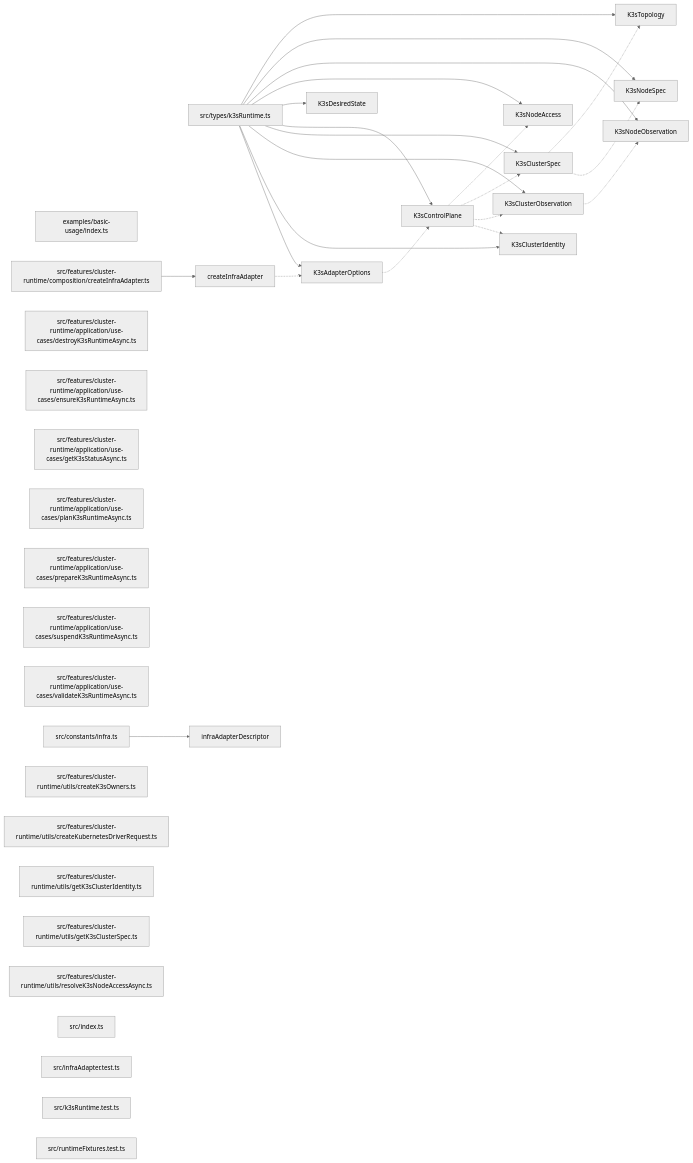
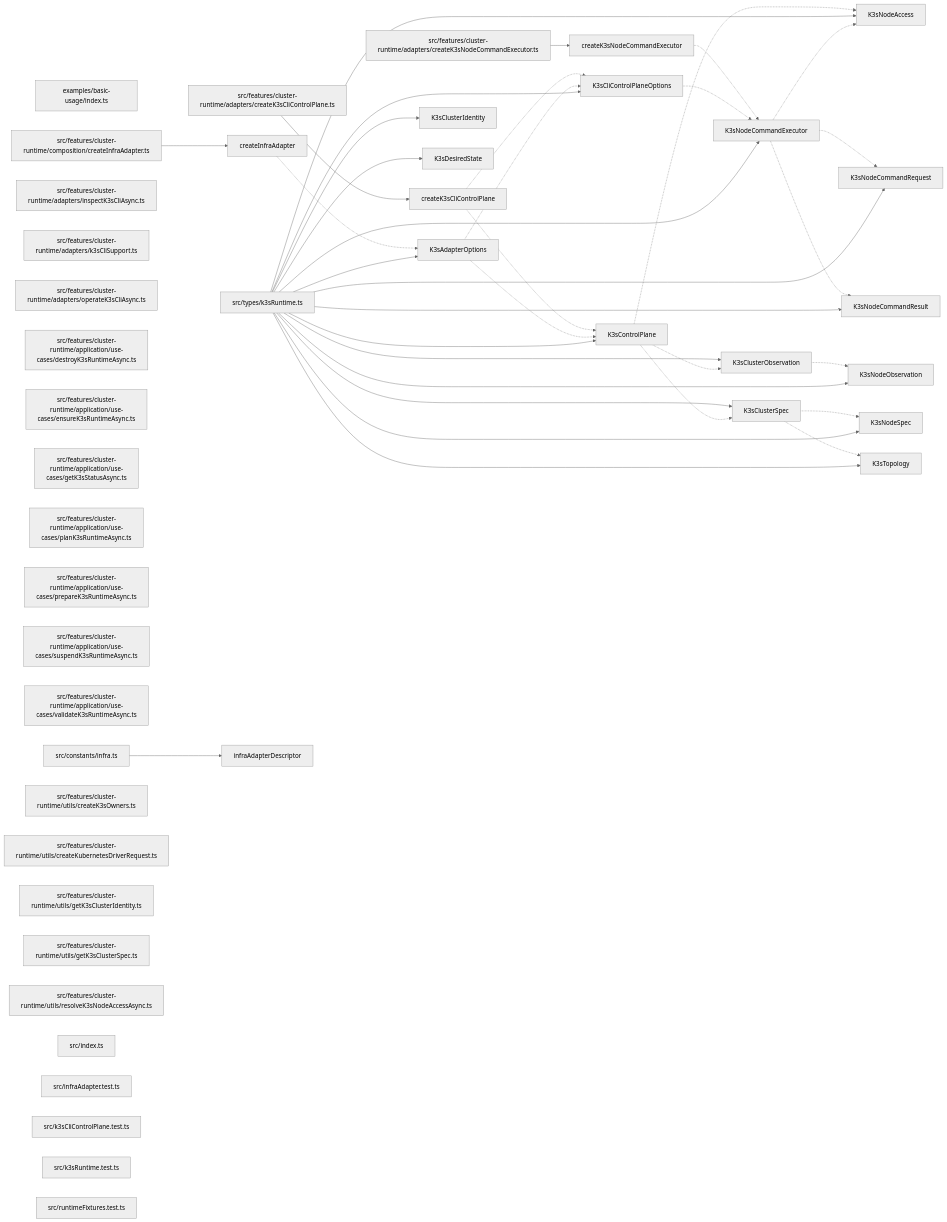
Before and after one commit to ankhorage/k3s: the diagram in paradox/diagrams/export-graph.mmd, drawn with Mermaid (neutral theme). The commit also changed 31 other files, not shown here.

```diff
--- a/paradox/diagrams/export-graph.mmd
+++ b/paradox/diagrams/export-graph.mmd
@@ -1,54 +1,79 @@
 graph LR
   module_examples_basic_usage_index_ts["examples/basic-usage/index.ts"]
   module_src_constants_infra_ts["src/constants/infra.ts"]
+  module_src_features_cluster_runtime_adapters_createK3sCliControlPlane_ts["src/features/cluster-runtime/adapters/createK3sCliControlPlane.ts"]
+  module_src_features_cluster_runtime_adapters_createK3sNodeCommandExecutor_ts["src/features/cluster-runtime/adapters/createK3sNodeCommandExecutor.ts"]
+  module_src_features_cluster_runtime_adapters_inspectK3sCliAsync_ts["src/features/cluster-runtime/adapters/inspectK3sCliAsync.ts"]
+  module_src_features_cluster_runtime_adapters_k3sCliSupport_ts["src/features/cluster-runtime/adapters/k3sCliSupport.ts"]
+  module_src_features_cluster_runtime_adapters_operateK3sCliAsync_ts["src/features/cluster-runtime/adapters/operateK3sCliAsync.ts"]
   module_src_features_cluster_runtime_application_use_cases_destroyK3sRuntimeAsync_ts["src/features/cluster-runtime/application/use-cases/destroyK3sRuntimeAsync.ts"]
   module_src_features_cluster_runtime_application_use_cases_ensureK3sRuntimeAsync_ts["src/features/cluster-runtime/application/use-cases/ensureK3sRuntimeAsync.ts"]
   module_src_features_cluster_runtime_application_use_cases_getK3sStatusAsync_ts["src/features/cluster-runtime/application/use-cases/getK3sStatusAsync.ts"]
   module_src_features_cluster_runtime_application_use_cases_planK3sRuntimeAsync_ts["src/features/cluster-runtime/application/use-cases/planK3sRuntimeAsync.ts"]
   module_src_features_cluster_runtime_application_use_cases_prepareK3sRuntimeAsync_ts["src/features/cluster-runtime/application/use-cases/prepareK3sRuntimeAsync.ts"]
   module_src_features_cluster_runtime_application_use_cases_suspendK3sRuntimeAsync_ts["src/features/cluster-runtime/application/use-cases/suspendK3sRuntimeAsync.ts"]
   module_src_features_cluster_runtime_application_use_cases_validateK3sRuntimeAsync_ts["src/features/cluster-runtime/application/use-cases/validateK3sRuntimeAsync.ts"]
   module_src_features_cluster_runtime_composition_createInfraAdapter_ts["src/features/cluster-runtime/composition/createInfraAdapter.ts"]
   module_src_features_cluster_runtime_utils_createK3sOwners_ts["src/features/cluster-runtime/utils/createK3sOwners.ts"]
   module_src_features_cluster_runtime_utils_createKubernetesDriverRequest_ts["src/features/cluster-runtime/utils/createKubernetesDriverRequest.ts"]
   module_src_features_cluster_runtime_utils_getK3sClusterIdentity_ts["src/features/cluster-runtime/utils/getK3sClusterIdentity.ts"]
   module_src_features_cluster_runtime_utils_getK3sClusterSpec_ts["src/features/cluster-runtime/utils/getK3sClusterSpec.ts"]
   module_src_features_cluster_runtime_utils_resolveK3sNodeAccessAsync_ts["src/features/cluster-runtime/utils/resolveK3sNodeAccessAsync.ts"]
   module_src_index_ts["src/index.ts"]
   module_src_infraAdapter_test_ts["src/infraAdapter.test.ts"]
+  module_src_k3sCliControlPlane_test_ts["src/k3sCliControlPlane.test.ts"]
   module_src_k3sRuntime_test_ts["src/k3sRuntime.test.ts"]
   module_src_runtimeFixtures_test_ts["src/runtimeFixtures.test.ts"]
   module_src_types_k3sRuntime_ts["src/types/k3sRuntime.ts"]
   export_createInfraAdapter["createInfraAdapter"]
   module_src_features_cluster_runtime_composition_createInfraAdapter_ts --> export_createInfraAdapter
   export_createInfraAdapter -.-> export_K3sAdapterOptions
+  export_createK3sCliControlPlane["createK3sCliControlPlane"]
+  module_src_features_cluster_runtime_adapters_createK3sCliControlPlane_ts --> export_createK3sCliControlPlane
+  export_createK3sCliControlPlane -.-> export_K3sCliControlPlaneOptions
+  export_createK3sCliControlPlane -.-> export_K3sControlPlane
+  export_createK3sNodeCommandExecutor["createK3sNodeCommandExecutor"]
+  module_src_features_cluster_runtime_adapters_createK3sNodeCommandExecutor_ts --> export_createK3sNodeCommandExecutor
+  export_createK3sNodeCommandExecutor -.-> export_K3sNodeCommandExecutor
   export_infraAdapterDescriptor["infraAdapterDescriptor"]
   module_src_constants_infra_ts --> export_infraAdapterDescriptor
   export_K3sAdapterOptions["K3sAdapterOptions"]
   module_src_types_k3sRuntime_ts --> export_K3sAdapterOptions
+  export_K3sAdapterOptions -.-> export_K3sCliControlPlaneOptions
   export_K3sAdapterOptions -.-> export_K3sControlPlane
+  export_K3sCliControlPlaneOptions["K3sCliControlPlaneOptions"]
+  module_src_types_k3sRuntime_ts --> export_K3sCliControlPlaneOptions
+  export_K3sCliControlPlaneOptions -.-> export_K3sNodeCommandExecutor
   export_K3sClusterIdentity["K3sClusterIdentity"]
   module_src_types_k3sRuntime_ts --> export_K3sClusterIdentity
   export_K3sClusterObservation["K3sClusterObservation"]
   module_src_types_k3sRuntime_ts --> export_K3sClusterObservation
   export_K3sClusterObservation -.-> export_K3sNodeObservation
   export_K3sClusterSpec["K3sClusterSpec"]
   module_src_types_k3sRuntime_ts --> export_K3sClusterSpec
   export_K3sClusterSpec -.-> export_K3sNodeSpec
   export_K3sClusterSpec -.-> export_K3sTopology
   export_K3sControlPlane["K3sControlPlane"]
   module_src_types_k3sRuntime_ts --> export_K3sControlPlane
-  export_K3sControlPlane -.-> export_K3sClusterIdentity
   export_K3sControlPlane -.-> export_K3sClusterObservation
   export_K3sControlPlane -.-> export_K3sClusterSpec
   export_K3sControlPlane -.-> export_K3sNodeAccess
   export_K3sDesiredState["K3sDesiredState"]
   module_src_types_k3sRuntime_ts --> export_K3sDesiredState
   export_K3sNodeAccess["K3sNodeAccess"]
   module_src_types_k3sRuntime_ts --> export_K3sNodeAccess
+  export_K3sNodeCommandExecutor["K3sNodeCommandExecutor"]
+  module_src_types_k3sRuntime_ts --> export_K3sNodeCommandExecutor
+  export_K3sNodeCommandExecutor -.-> export_K3sNodeAccess
+  export_K3sNodeCommandExecutor -.-> export_K3sNodeCommandRequest
+  export_K3sNodeCommandExecutor -.-> export_K3sNodeCommandResult
+  export_K3sNodeCommandRequest["K3sNodeCommandRequest"]
+  module_src_types_k3sRuntime_ts --> export_K3sNodeCommandRequest
+  export_K3sNodeCommandResult["K3sNodeCommandResult"]
+  module_src_types_k3sRuntime_ts --> export_K3sNodeCommandResult
   export_K3sNodeObservation["K3sNodeObservation"]
   module_src_types_k3sRuntime_ts --> export_K3sNodeObservation
   export_K3sNodeSpec["K3sNodeSpec"]
   module_src_types_k3sRuntime_ts --> export_K3sNodeSpec
   export_K3sTopology["K3sTopology"]
   module_src_types_k3sRuntime_ts --> export_K3sTopology
```
